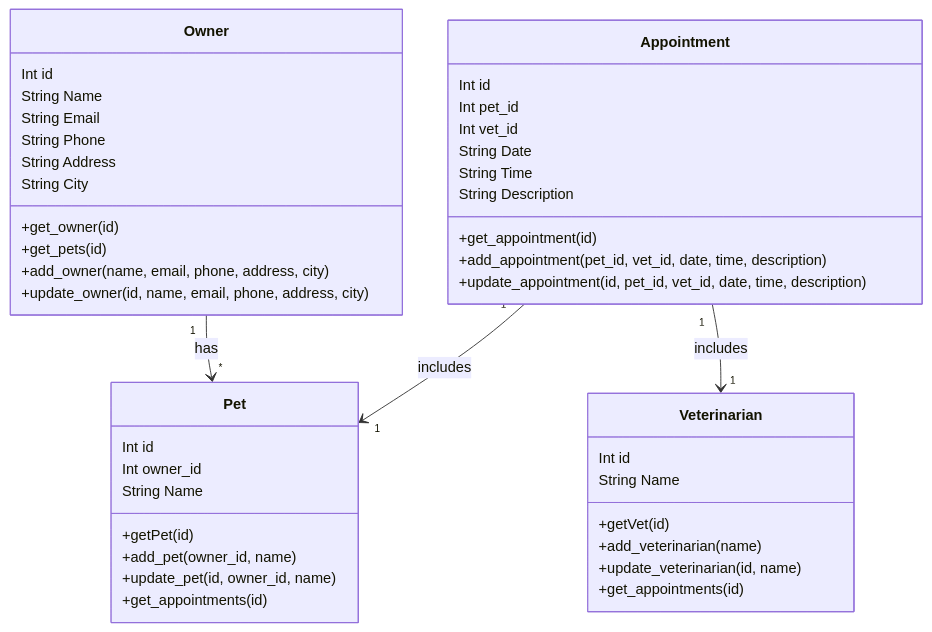
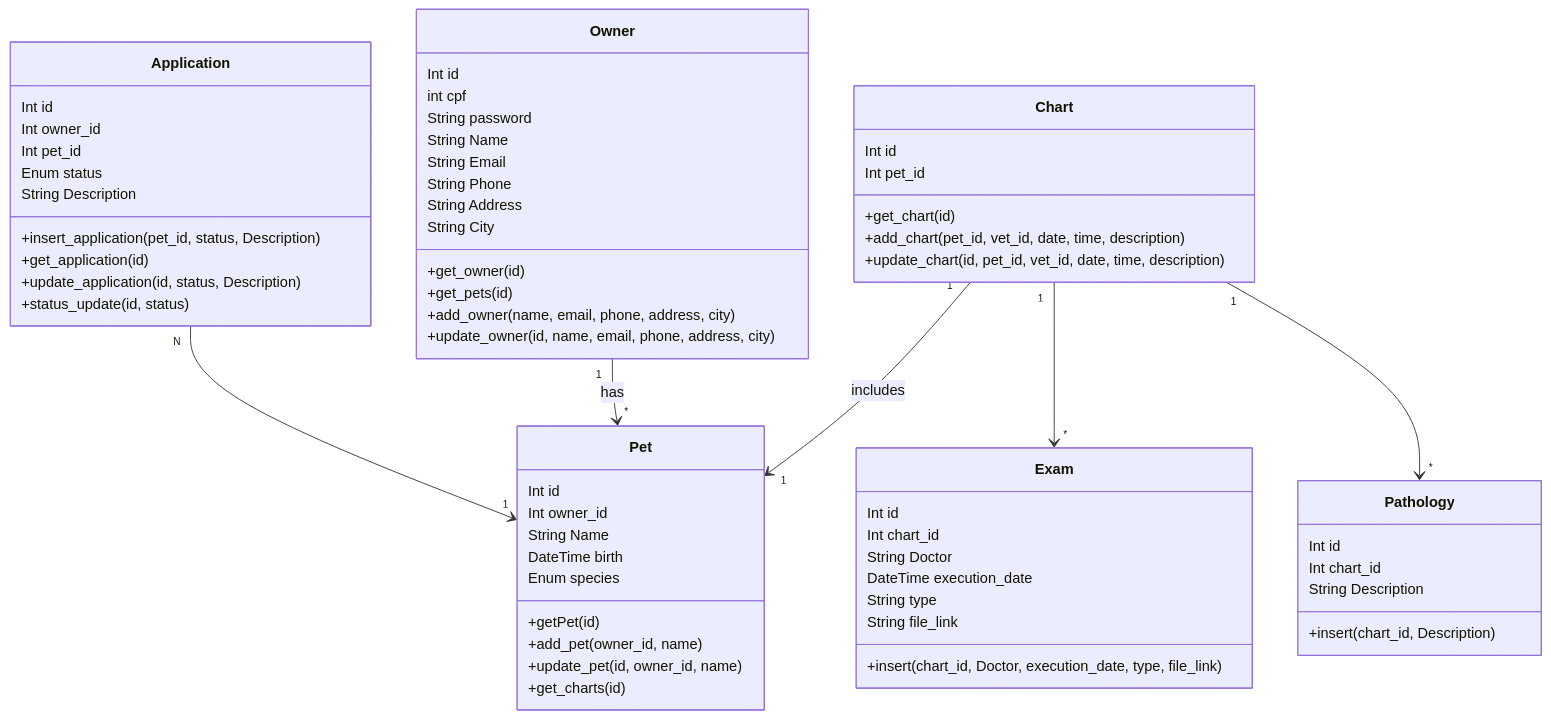
The second of 2 diagrams in README.md (RCristiano/api-agenda), drawn with Mermaid before and after one commit. The commit also changed other lines of this file, not shown here.

Commit message:
📝 Update doc

````diff
--- a/README.md
+++ b/README.md
@@ -37,46 +37,66 @@
 ```mermaid
 classDiagram
+    class Application{
+        Int id
+        Int owner_id
+        Int pet_id
+        Enum status
+        String Description
+        +insert_application(pet_id, status, Description)
+        +get_application(id)
+        +update_application(id, status, Description)
+        +status_update(id, status)
+    }
     class Owner{
         Int id
+        int cpf
+        String password
         String Name
         String Email
         String Phone
         String Address
         String City
         +get_owner(id)
         +get_pets(id)
         +add_owner(name, email, phone, address, city)
         +update_owner(id, name, email, phone, address, city)
     }
     class Pet{
         Int id
         Int owner_id
         String Name
+        DateTime birth
+        Enum species
         +getPet(id)
         +add_pet(owner_id, name)
         +update_pet(id, owner_id, name)
-        +get_appointments(id)
+        +get_charts(id)
     }
-    class Veterinarian{
-        Int id
-        String Name
-        +getVet(id)
-        +add_veterinarian(name)
-        +update_veterinarian(id, name)
-        +get_appointments(id)
-    }
-    class Appointment{
+    class Chart{
         Int id
         Int pet_id
-        Int vet_id
-        String Date
-        String Time
+        +get_chart(id)
+        +add_chart(pet_id, vet_id, date, time, description)
+        +update_chart(id, pet_id, vet_id, date, time, description)
+    }
+    class Exam{
+        Int id
+        Int chart_id
+        String Doctor
+        DateTime execution_date
+        String type
+        String file_link
+        +insert(chart_id, Doctor, execution_date, type, file_link)
+    }
+    class Pathology{
+        Int id
+        Int chart_id
         String Description
-        +get_appointment(id)
-        +add_appointment(pet_id, vet_id, date, time, description)
-        +update_appointment(id, pet_id, vet_id, date, time, description)
+        +insert(chart_id, Description)
     }
+    Application "N" --> "1" Pet
     Owner "1" --> "*" Pet : has
-    Appointment "1" --> "1" Pet : includes
-    Appointment "1" --> "1" Veterinarian : includes
+    Chart "1" --> "1" Pet : includes
+    Chart "1" --> "*" Exam
+    Chart "1" --> "*" Pathology
 ```
````
